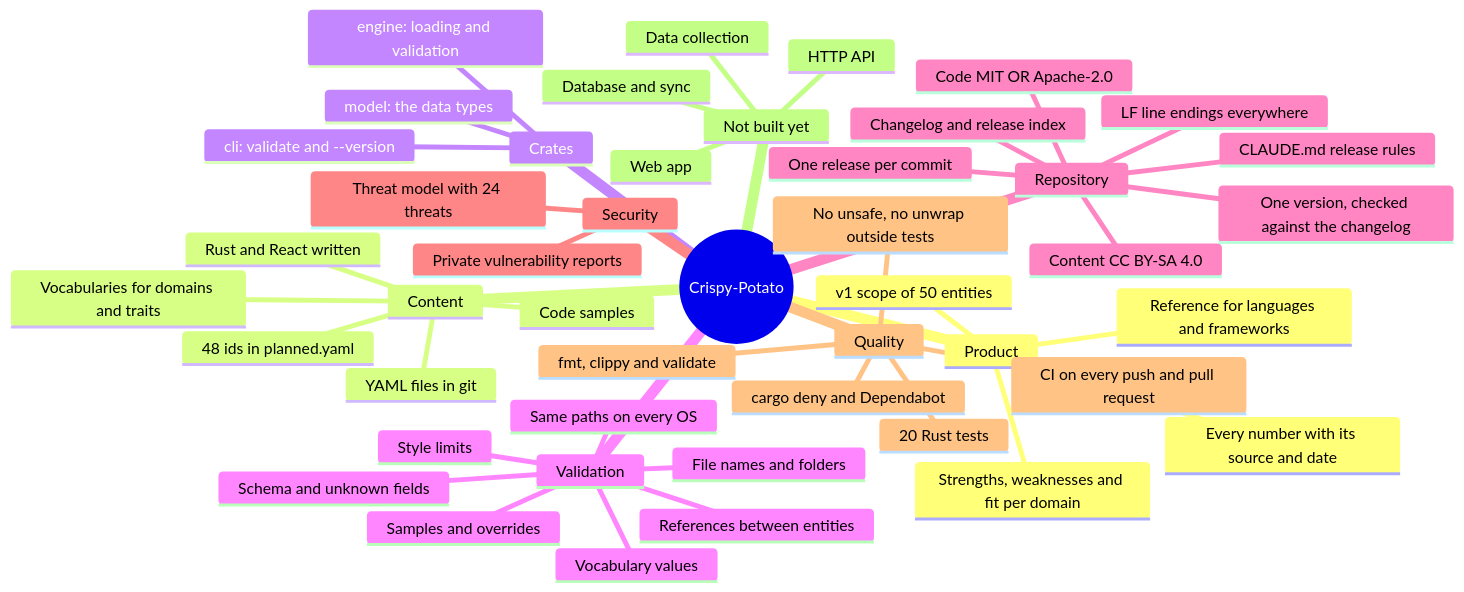
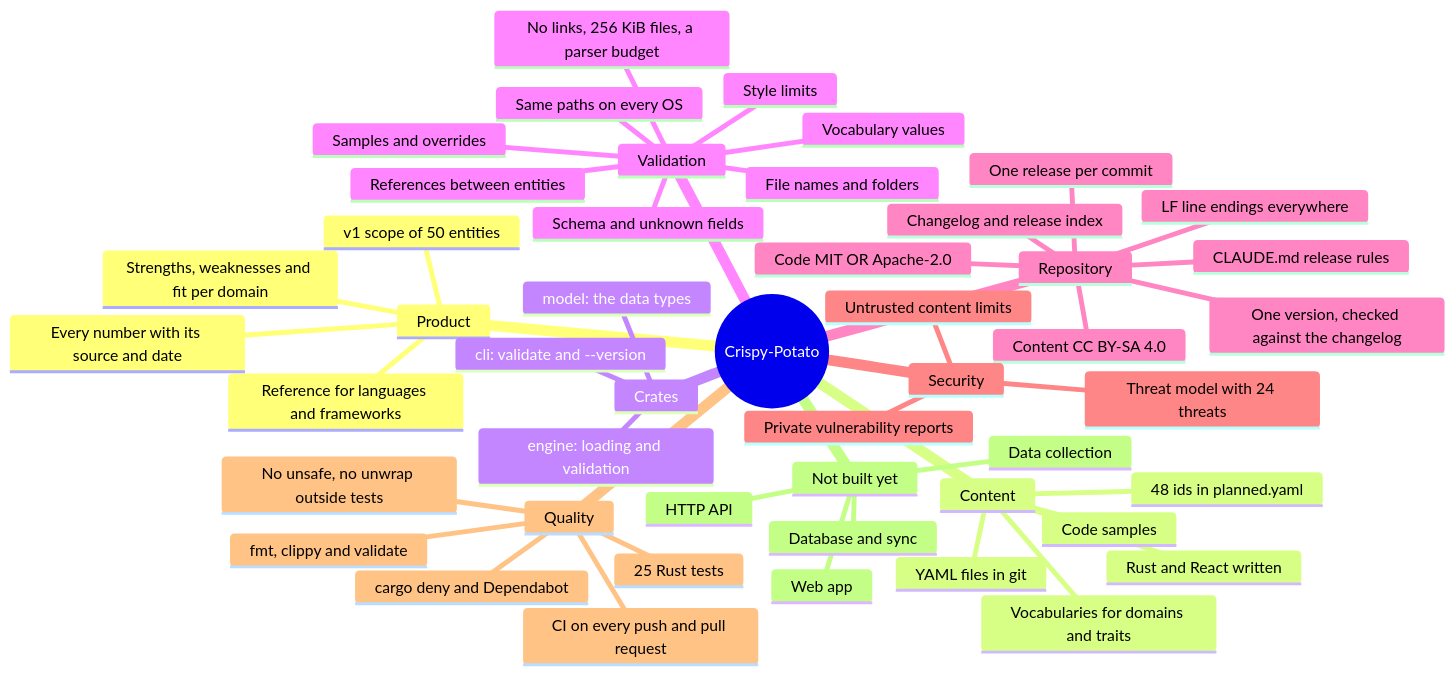
The first of 2 diagrams in docs/MINDMAP.md (winksen/Crispy-Potato), drawn with Mermaid before and after one commit. The commit also changed other lines of this file and 8 other files, not shown here.

````diff
--- a/docs/MINDMAP.md
+++ b/docs/MINDMAP.md
@@ -11,49 +11,51 @@
 ```mermaid
 mindmap
   root((Crispy-Potato))
     Product
       Reference for languages and frameworks
       Strengths, weaknesses and fit per domain
       Every number with its source and date
       v1 scope of 50 entities
     Content
       YAML files in git
       Rust and React written
       48 ids in planned.yaml
       Vocabularies for domains and traits
       Code samples
     Crates
       model: the data types
       engine: loading and validation
       cli: validate and --version
     Validation
       Schema and unknown fields
       File names and folders
       Vocabulary values
       References between entities
       Style limits
       Samples and overrides
       Same paths on every OS
+      No links, 256 KiB files, a parser budget
     Repository
       Code MIT OR Apache-2.0
       Content CC BY-SA 4.0
       One release per commit
       One version, checked against the changelog
       Changelog and release index
       CLAUDE.md release rules
       LF line endings everywhere
     Security
       Threat model with 24 threats
+      Untrusted content limits
       Private vulnerability reports
     Quality
-      20 Rust tests
+      25 Rust tests
       fmt, clippy and validate
       No unsafe, no unwrap outside tests
       CI on every push and pull request
       cargo deny and Dependabot
     Not built yet
       Database and sync
       Data collection
       HTTP API
       Web app
 ```
````
